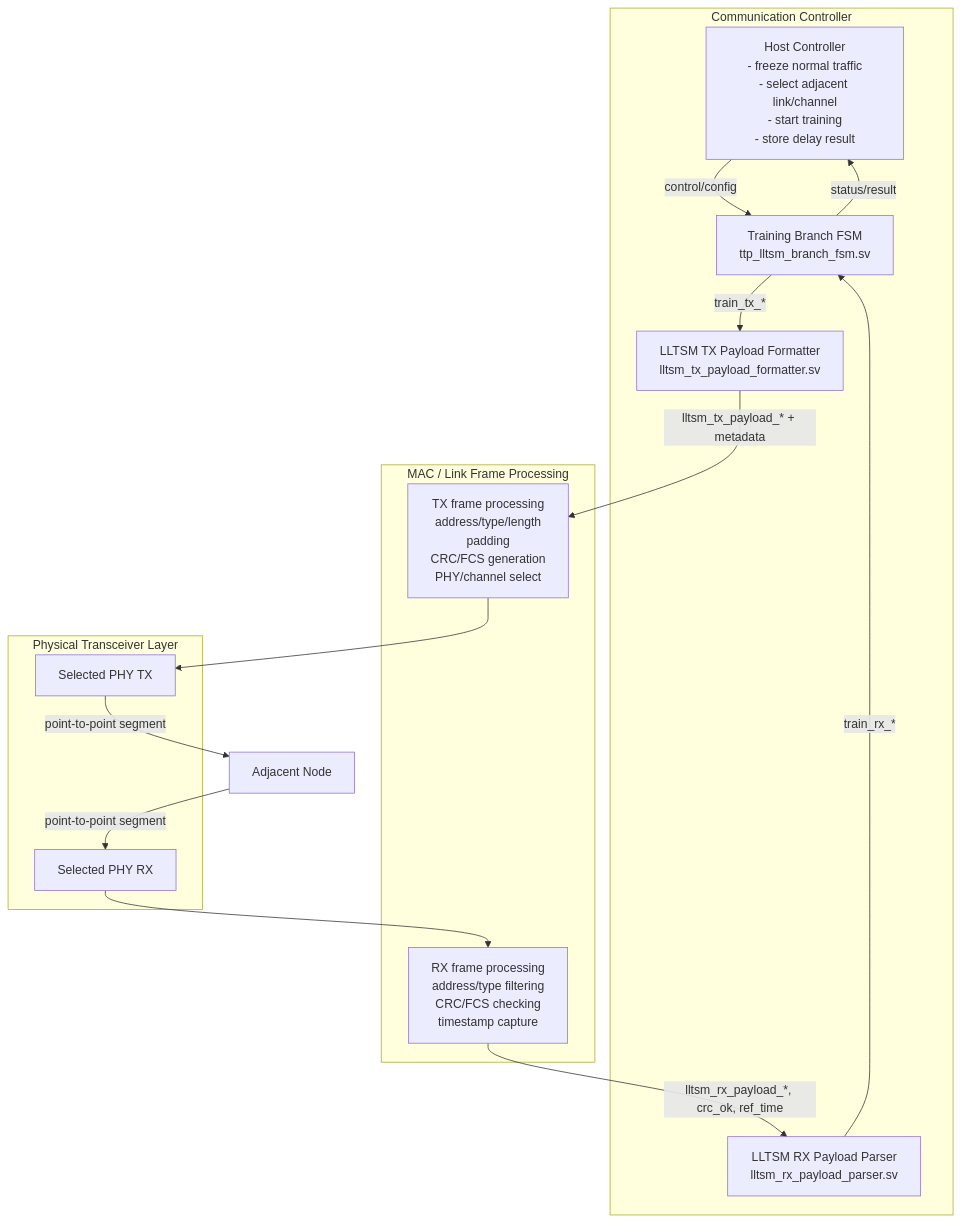
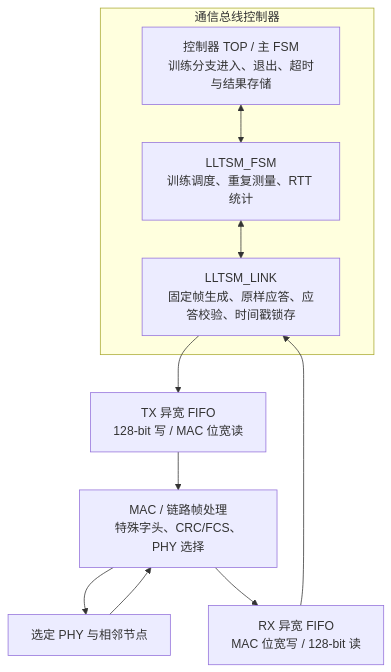
One commit to waterwhit/lltsm-link-training changed the diagram in docs/LLTSM_Architecture_and_Interface.md. Above: the diagram before and after it, drawn with Mermaid. The commit also changed other lines of this file and 19 other files, not shown here.

Commit message:
Release v0.2.0: simplify LLTSM to FSM and LINK

````diff
--- a/docs/LLTSM_Architecture_and_Interface.md
+++ b/docs/LLTSM_Architecture_and_Interface.md
@@ -54,32 +5,17 @@
 ```mermaid
 flowchart TB
-    subgraph CONTROL["Communication Controller"]
-        TOP["Host Controller<br/>- freeze normal traffic<br/>- select adjacent link/channel<br/>- start training<br/>- store delay result"]
-        FSM["Training Branch FSM<br/>ttp_lltsm_branch_fsm.sv"]
-        TXFMT["LLTSM TX Payload Formatter<br/>lltsm_tx_payload_formatter.sv"]
-        RXP["LLTSM RX Payload Parser<br/>lltsm_rx_payload_parser.sv"]
+    subgraph CTRL["通信总线控制器"]
+        TOP["控制器 TOP / 主 FSM<br/>训练分支进入、退出、超时与结果存储"]
+        FSM["LLTSM_FSM<br/>训练调度、重复测量、RTT 统计"]
+        LINK["LLTSM_LINK<br/>固定帧生成、原样应答、应答校验、时间戳锁存"]
+        TOP <--> FSM
+        FSM <--> LINK
     end
 
-    subgraph MAC["MAC / Link Frame Processing"]
-        TX_MAC["TX frame processing<br/>address/type/length<br/>padding<br/>CRC/FCS generation<br/>PHY/channel select"]
-        RX_MAC["RX frame processing<br/>address/type filtering<br/>CRC/FCS checking<br/>timestamp capture"]
-    end
+    TXFIFO["TX 异宽 FIFO<br/>128-bit 写 / MAC 位宽读"]
+    MAC["MAC / 链路帧处理<br/>特殊字头、CRC/FCS、PHY 选择"]
+    PHY["选定 PHY 与相邻节点"]
+    RXFIFO["RX 异宽 FIFO<br/>MAC 位宽写 / 128-bit 读"]
 
-    subgraph PHY["Physical Transceiver Layer"]
-        PHY_TX["Selected PHY TX"]
-        PHY_RX["Selected PHY RX"]
-    end
-
-    ADJ["Adjacent Node"]
-
-    TOP -->|"control/config"| FSM
-    FSM -->|"status/result"| TOP
-    FSM -->|"train_tx_*"| TXFMT
-    TXFMT -->|"lltsm_tx_payload_* + metadata"| TX_MAC
-    TX_MAC --> PHY_TX
-    PHY_TX -->|"point-to-point segment"| ADJ
-    ADJ -->|"point-to-point segment"| PHY_RX
-    PHY_RX --> RX_MAC
-    RX_MAC -->|"lltsm_rx_payload_*, crc_ok, ref_time"| RXP
-    RXP -->|"train_rx_*"| FSM
+    LINK --> TXFIFO --> MAC --> PHY --> MAC --> RXFIFO --> LINK
 ```
````
